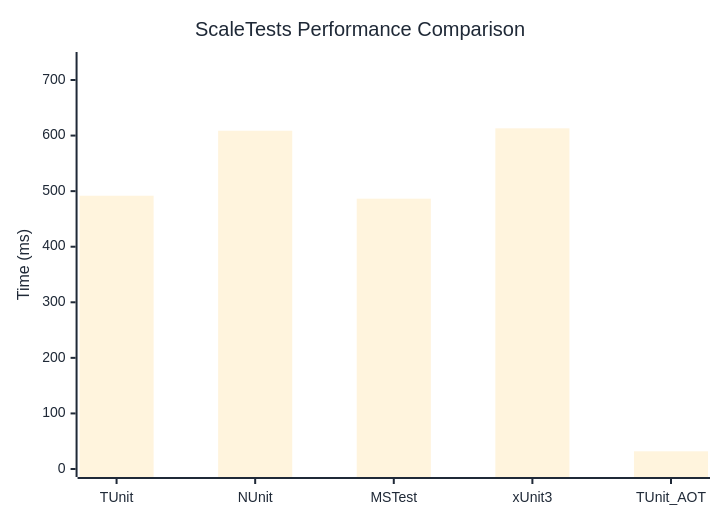
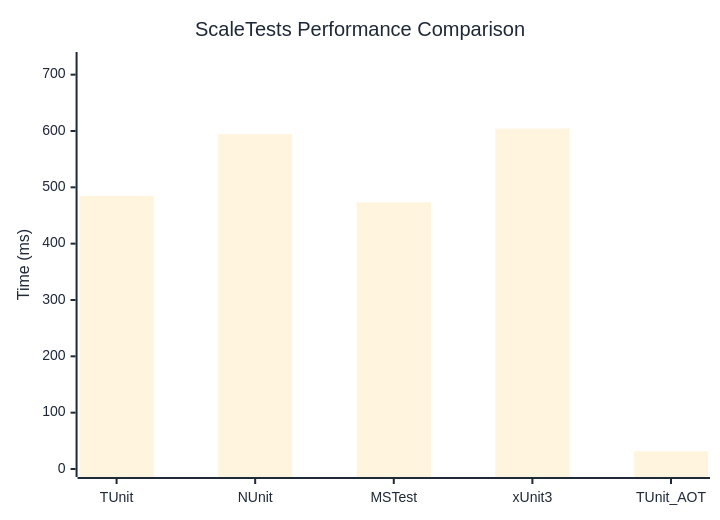
The diagram in docs/docs/benchmarks/ScaleTests.md (thomhurst/TUnit), drawn with Mermaid before and after one commit. The commit also changed other lines of this file and 17 other files, not shown here.

````diff
--- a/docs/docs/benchmarks/ScaleTests.md
+++ b/docs/docs/benchmarks/ScaleTests.md
@@ -27,37 +27,37 @@
 ```mermaid
 %%{init: {
   'theme':'base',
   'themeVariables': {
     'primaryColor': '#2563eb',
     'primaryTextColor': '#1f2937',
     'primaryBorderColor': '#1e40af',
     'lineColor': '#6b7280',
     'secondaryColor': '#7c3aed',
     'tertiaryColor': '#dc2626',
     'background': '#ffffff',
     'mainBkg': '#2563eb',
     'secondBkg': '#7c3aed',
     'tertiaryBkg': '#dc2626',
     'clusterBkg': '#f3f4f6',
     'edgeLabelBackground': '#ffffff',
     'tertiaryTextColor': '#1f2937',
     'pie1': '#2563eb',
     'pie2': '#7c3aed',
     'pie3': '#dc2626',
     'pie4': '#f59e0b',
     'pie5': '#10b981',
     'pie6': '#06b6d4',
     'pie7': '#ec4899',
     'pie8': '#6366f1',
     'pie9': '#84cc16',
     'pie10': '#f97316',
     'pie11': '#14b8a6',
     'pie12': '#a855f7'
   }
 }}%%
 xychart-beta
   title "ScaleTests Performance Comparison"
   x-axis ["TUnit", "NUnit", "MSTest", "xUnit3", "TUnit_AOT"]
-  y-axis "Time (ms)" 0 --> 736
-  bar [491.77, 608.71, 486.46, 613.03, 31.84]
+  y-axis "Time (ms)" 0 --> 726
+  bar [484.88, 594.43, 473.39, 604.31, 31.57]
 ```
````
